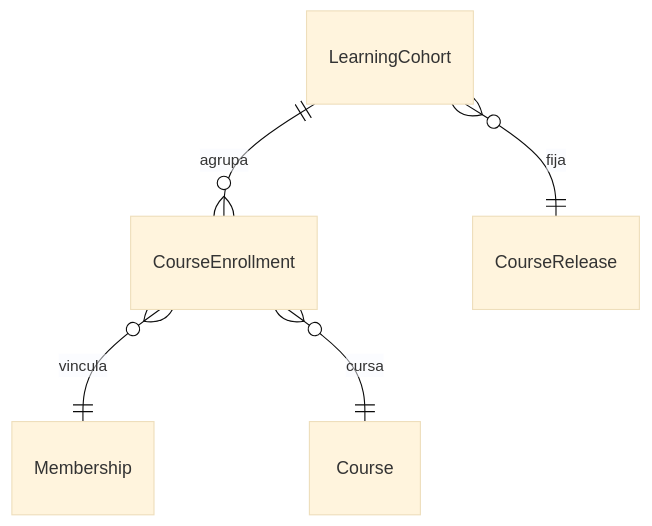
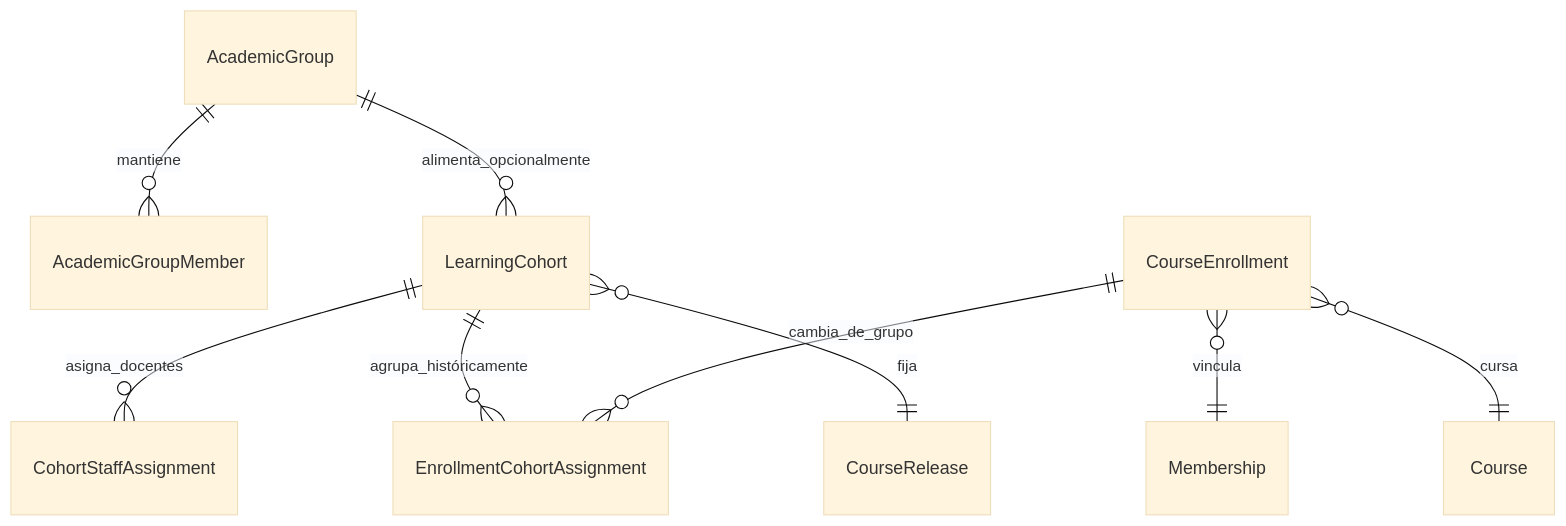
Before and after one commit to DuvanMontoya/LMS: the first of 14 diagrams in docs/architecture/LEARNING.md, drawn with Mermaid (base theme). The commit also changed other lines of this file and 63 other files, not shown here.

````diff
--- a/docs/architecture/LEARNING.md
+++ b/docs/architecture/LEARNING.md
@@ -8,7 +10,11 @@
 ```mermaid
 erDiagram
-  LearningCohort ||--o{ CourseEnrollment : agrupa
+  AcademicGroup ||--o{ AcademicGroupMember : mantiene
+  AcademicGroup ||--o{ LearningCohort : alimenta_opcionalmente
+  LearningCohort ||--o{ CohortStaffAssignment : asigna_docentes
+  LearningCohort ||--o{ EnrollmentCohortAssignment : agrupa_históricamente
+  CourseEnrollment ||--o{ EnrollmentCohortAssignment : cambia_de_grupo
   LearningCohort }o--|| CourseRelease : fija
   CourseEnrollment }o--|| Membership : vincula
   CourseEnrollment }o--|| Course : cursa
 ```
````
